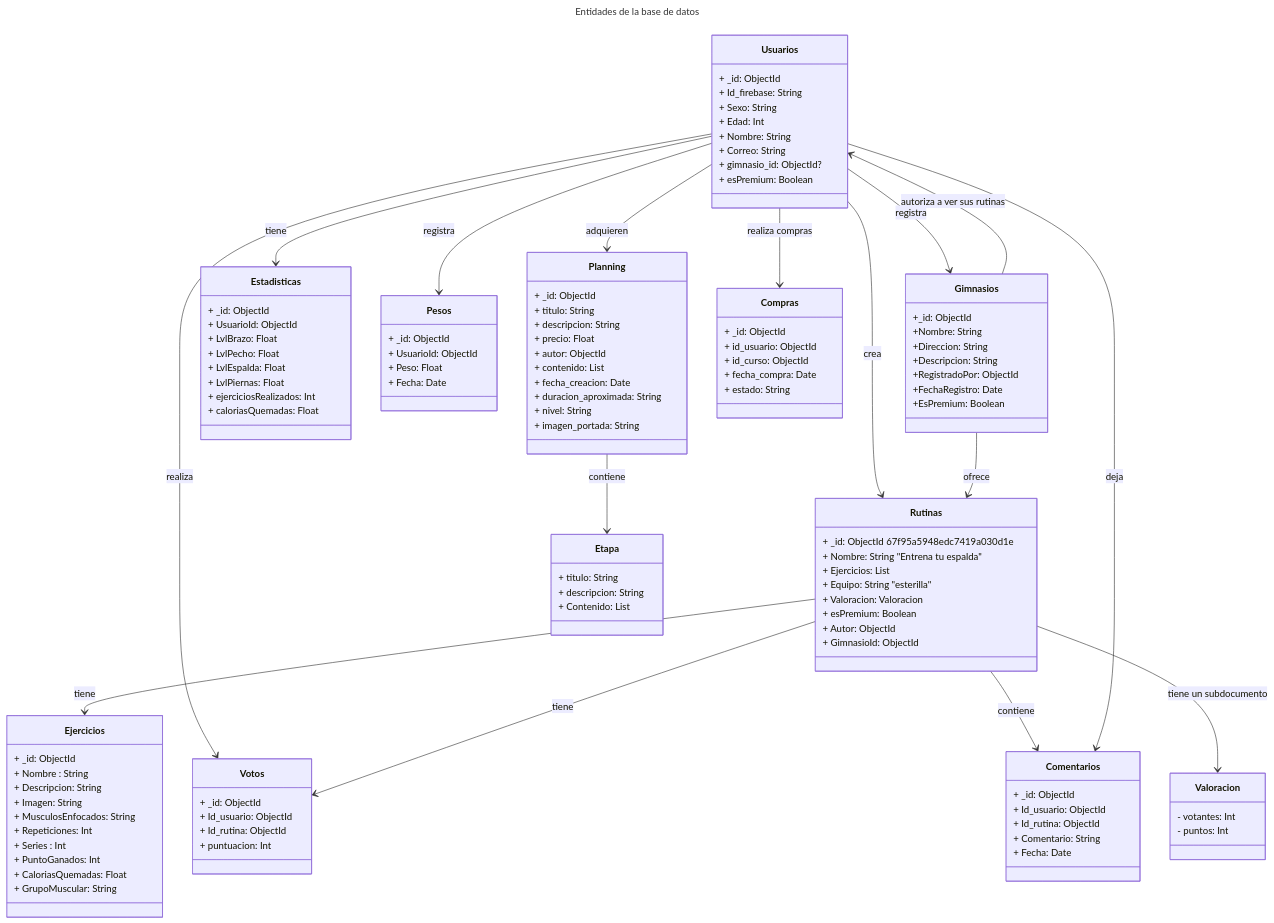
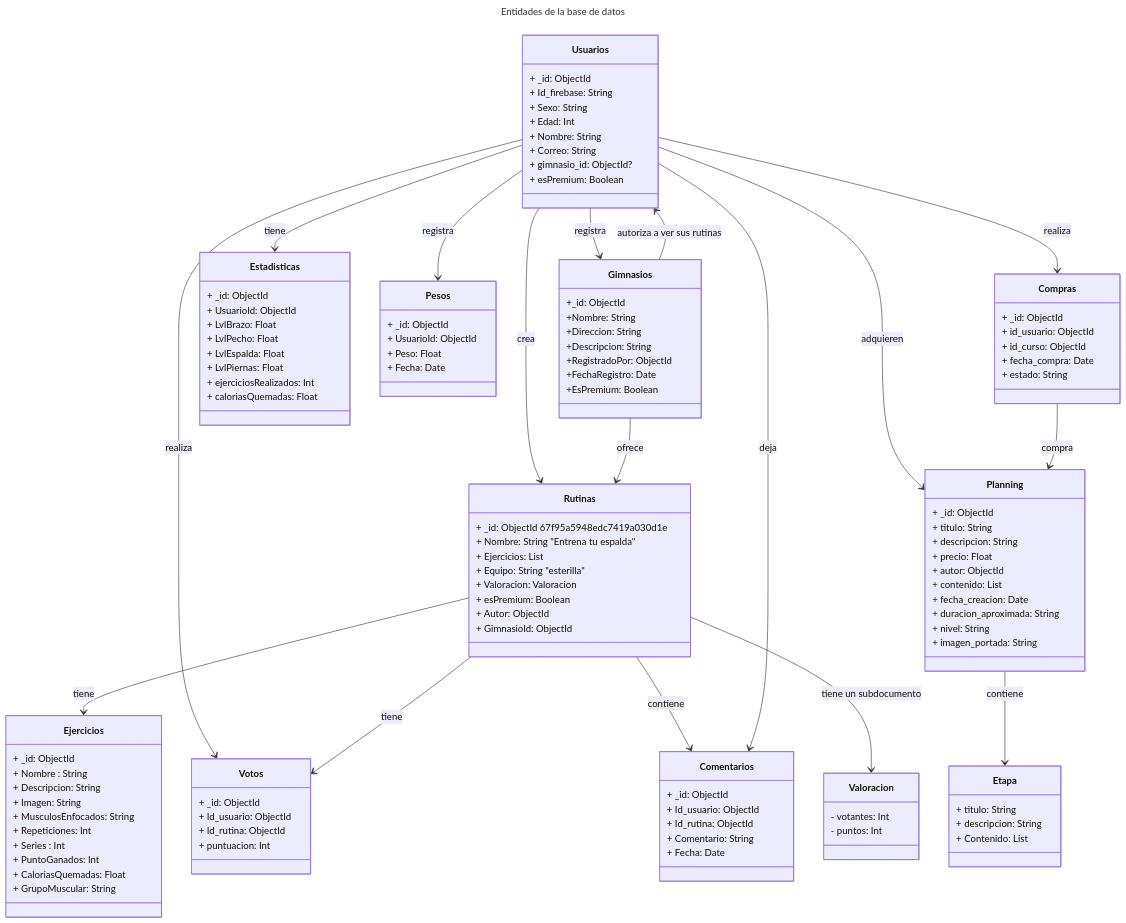
One commit to dganicolas/RutifyApi changed the second of 4 diagrams in readme.md. Above: the diagram before and after it, drawn with Mermaid.

Commit message:
añado entidad Cursos y Compras

```diff
--- a/readme.md
+++ b/readme.md
@@ -53,7 +53,8 @@
     Usuarios --> Pesos : registra
     Planning --> Etapa : contiene
     Usuarios --> Planning : adquieren 
-    Usuarios --> Compras : realiza compras
+    Usuarios --> Compras : realiza
+    Compras --> Planning : compra
     
     class Usuarios{
         + _id: ObjectId
```
